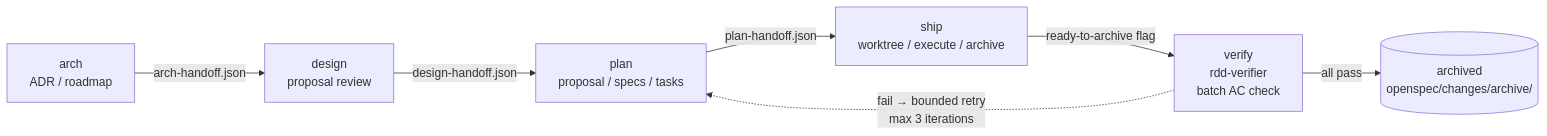
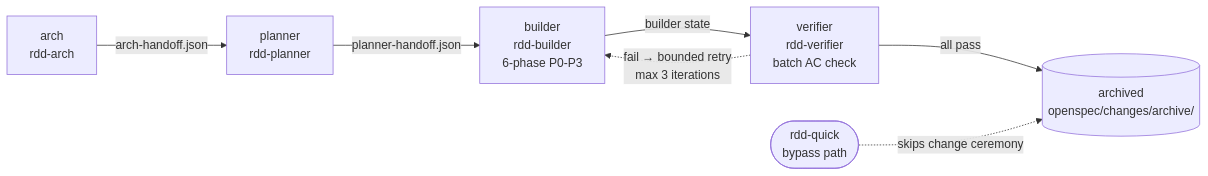
One commit to chisuhua/rdd-workflow changed the diagram in docs/architecture/workflow-phases.md. Above: the diagram before and after it, drawn with Mermaid. The commit also changed other lines of this file and 12 other files, not shown here.

````diff
--- a/docs/architecture/workflow-phases.md
+++ b/docs/architecture/workflow-phases.md
@@ -5,9 +5,9 @@
 ```mermaid
 graph LR
-    A[arch<br/>ADR / roadmap] -->|arch-handoff.json| D[design<br/>proposal review]
-    D -->|design-handoff.json| P[plan<br/>proposal / specs / tasks]
-    P -->|plan-handoff.json| S[ship<br/>worktree / execute / archive]
-    S -->|ready-to-archive flag| V[verify<br/>rdd-verifier<br/>batch AC check]
-    V -.->|fail → bounded retry<br/>max 3 iterations| P
+    A[arch<br/>rdd-arch] -->|arch-handoff.json| P[planner<br/>rdd-planner]
+    P -->|planner-handoff.json| B[builder<br/>rdd-builder<br/>6-phase P0-P3]
+    B -->|builder state| V[verifier<br/>rdd-verifier<br/>batch AC check]
     V -->|all pass| ARC[(archived<br/>openspec/changes/archive/)]
+    V -.->|fail → bounded retry<br/>max 3 iterations| B
+    Q([rdd-quick<br/>bypass path]) -.->|skips change ceremony| ARC
 ```
````
